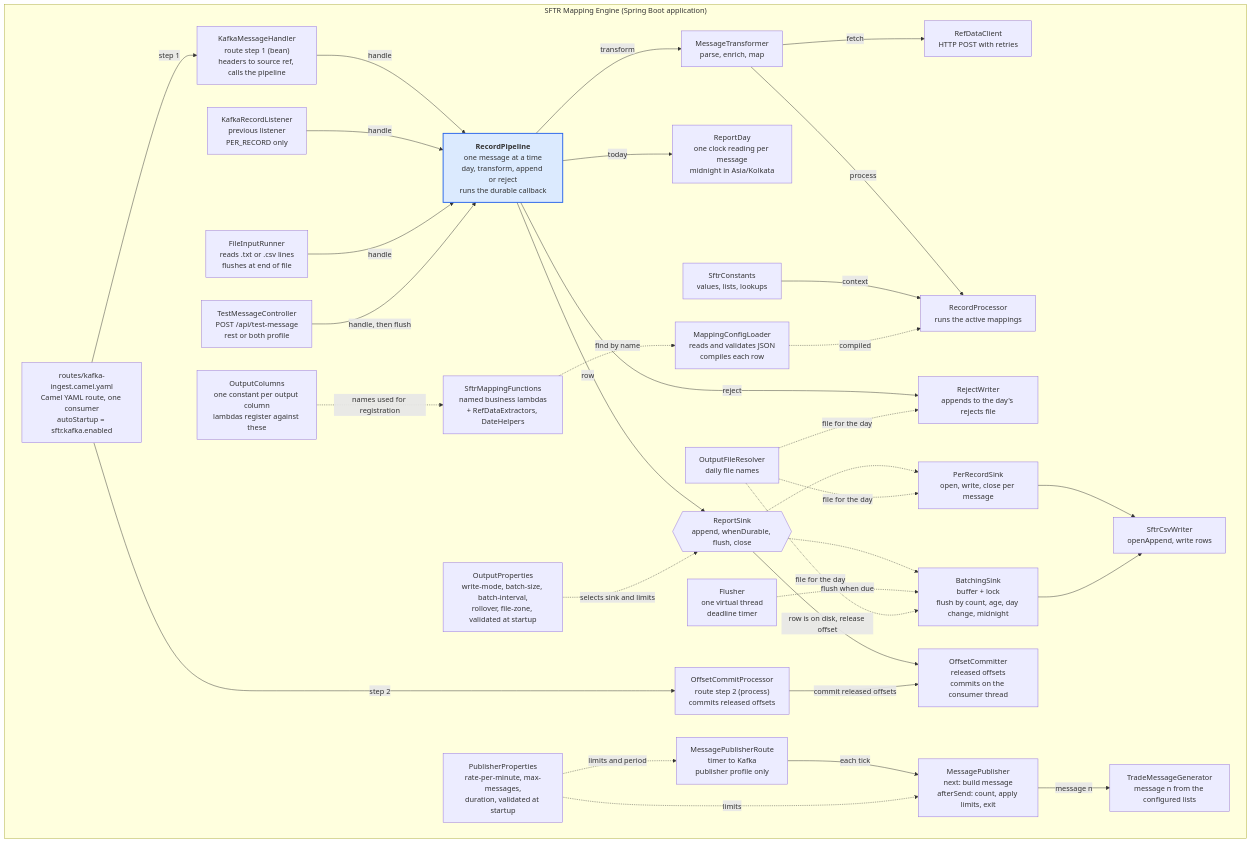
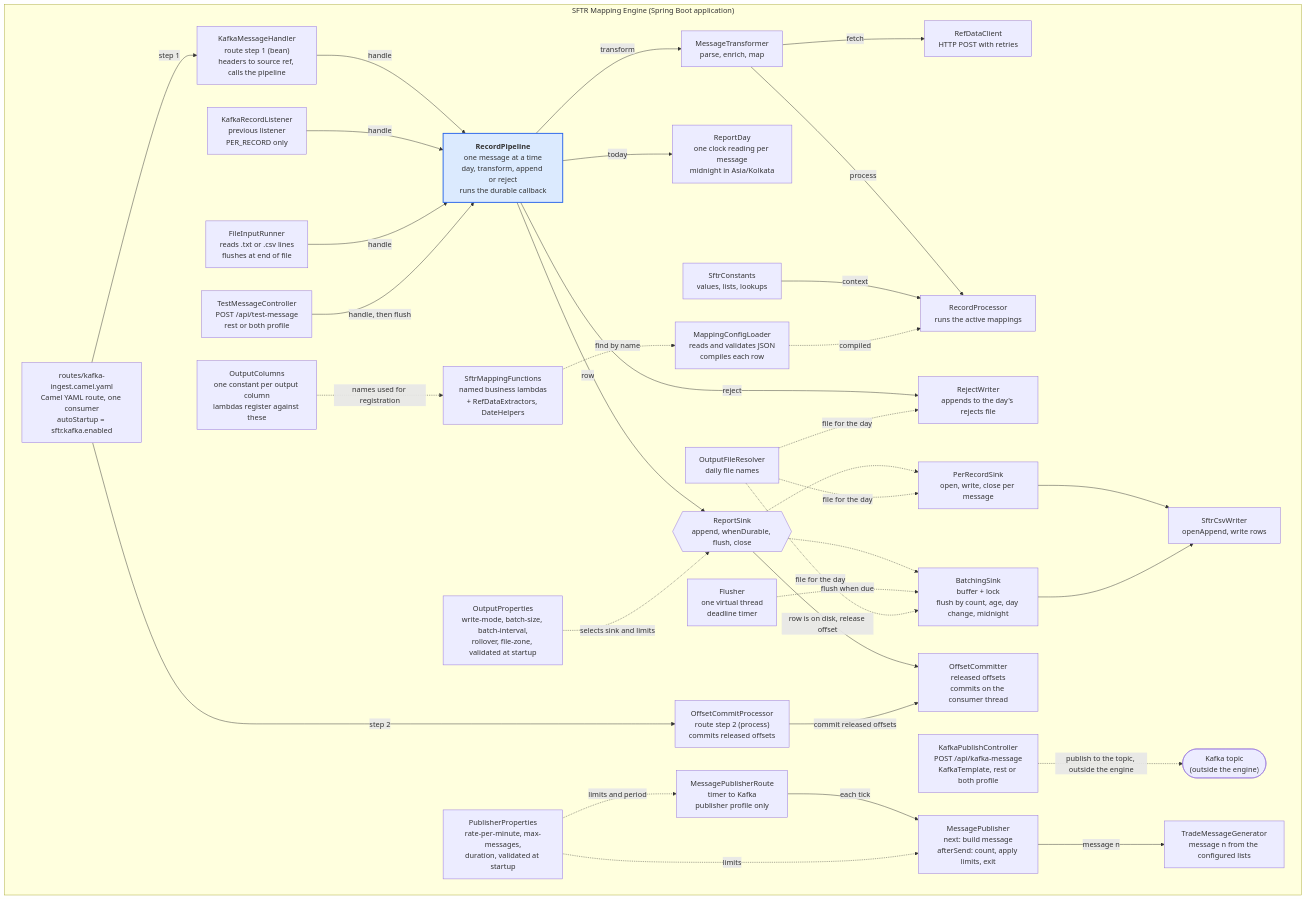
One commit to shanregs/msg-transformer changed the third of 15 diagrams in docs/c4-architecture.md. Above: the diagram before and after it, drawn with Mermaid. The commit also changed other lines of this file and 3 other files, not shown here.

First line of the commit message:
Docs: describe POST /api/kafka-message in the design, C4 and code-flow documents

````diff
--- a/docs/c4-architecture.md
+++ b/docs/c4-architecture.md
@@ -46,67 +47,70 @@
 ```mermaid
 flowchart TB
     subgraph engine["SFTR Mapping Engine (Spring Boot application)"]
         route["routes/kafka-ingest.camel.yaml<br/>Camel YAML route, one consumer<br/>autoStartup = sftr.kafka.enabled"]
         handler["KafkaMessageHandler<br/>route step 1 (bean)<br/>headers to source ref, calls the pipeline"]
         cproc["OffsetCommitProcessor<br/>route step 2 (process)<br/>commits released offsets"]
         legacy["KafkaRecordListener<br/>previous listener<br/>PER_RECORD only"]
         file["FileInputRunner<br/>reads .txt or .csv lines<br/>flushes at end of file"]
         rest["TestMessageController<br/>POST /api/test-message<br/>rest or both profile"]
+        kpub["KafkaPublishController<br/>POST /api/kafka-message<br/>KafkaTemplate, rest or both profile"]
         pipe["<b>RecordPipeline</b><br/>one message at a time<br/>day, transform, append or reject<br/>runs the durable callback"]
         day["ReportDay<br/>one clock reading per message<br/>midnight in Asia/Kolkata"]
         tf["MessageTransformer<br/>parse, enrich, map"]
         ref["RefDataClient<br/>HTTP POST with retries"]
         proc["RecordProcessor<br/>runs the active mappings"]
         sink{{"ReportSink<br/>append, whenDurable, flush, close"}}
         per["PerRecordSink<br/>open, write, close per message"]
         batch["BatchingSink<br/>buffer + lock<br/>flush by count, age, day change, midnight"]
         timer["Flusher<br/>one virtual thread<br/>deadline timer"]
         rej["RejectWriter<br/>appends to the day's rejects file"]
         csv["SftrCsvWriter<br/>openAppend, write rows"]
         files["OutputFileResolver<br/>daily file names"]
         commit["OffsetCommitter<br/>released offsets<br/>commits on the consumer thread"]
         props["OutputProperties<br/>write-mode, batch-size, batch-interval,<br/>rollover, file-zone, validated at startup"]
         loader["MappingConfigLoader<br/>reads and validates JSON<br/>compiles each row"]
         fns["SftrMappingFunctions<br/>named business lambdas<br/>+ RefDataExtractors, DateHelpers"]
         cols["OutputColumns<br/>one constant per output column<br/>lambdas register against these"]
         consts["SftrConstants<br/>values, lists, lookups"]
         ptimer["MessagePublisherRoute<br/>timer to Kafka<br/>publisher profile only"]
         pub["MessagePublisher<br/>next: build message<br/>afterSend: count, apply limits, exit"]
         gen["TradeMessageGenerator<br/>message n from the configured lists"]
         pprops["PublisherProperties<br/>rate-per-minute, max-messages,<br/>duration, validated at startup"]
+        pub_topic(["Kafka topic<br/>(outside the engine)"])
 
         route -->|step 1| handler
         handler -->|handle| pipe
         route -->|step 2| cproc
         legacy -->|handle| pipe
         file -->|handle| pipe
         rest -->|handle, then flush| pipe
         pipe -->|today| day
         pipe -->|transform| tf
         tf -->|fetch| ref
         tf -->|process| proc
         consts -->|context| proc
         pipe -->|row| sink
         pipe -->|reject| rej
         sink -.-> per
         sink -.-> batch
         timer -.->|flush when due| batch
         per --> csv
         batch --> csv
         files -.->|file for the day| per
         files -.->|file for the day| batch
         files -.->|file for the day| rej
         sink -->|row is on disk, release offset| commit
         cproc -->|commit released offsets| commit
         props -.->|selects sink and limits| sink
         loader -.->|compiled| proc
         fns -.->|find by name| loader
         cols -.->|names used for registration| fns
+        kpub -.->|publish to the topic, outside the engine| pub_topic
         ptimer -->|each tick| pub
         pub -->|message n| gen
         pprops -.->|limits and period| ptimer
         pprops -.->|limits| pub
     end
 
     style pipe fill:#dbeafe,stroke:#2563eb,stroke-width:2px
 ```
````
